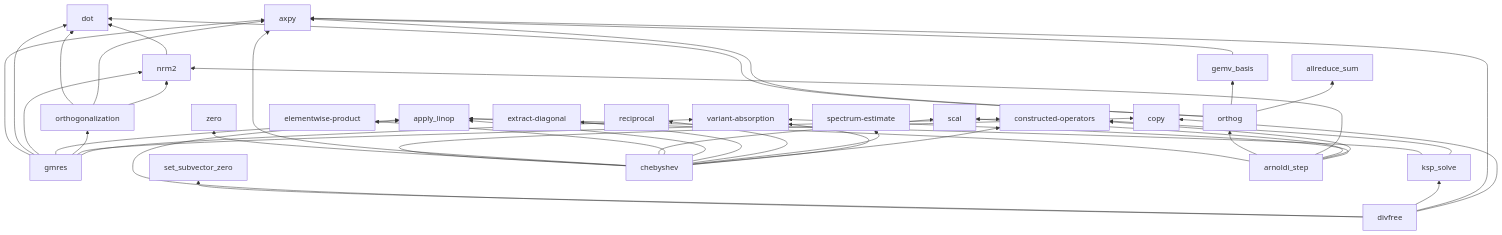
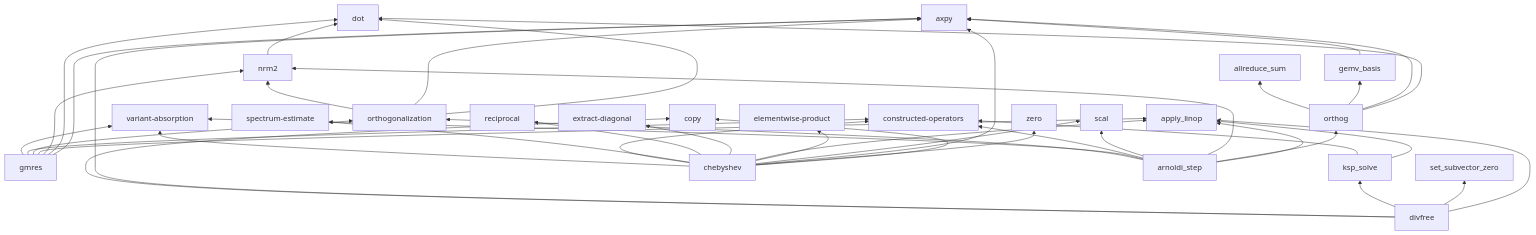
Before and after one commit to crutcher/palace_whiteroom: the fourth of 6 diagrams in book/src/concepts/dependency-map.md, drawn with Mermaid. The commit also changed 4 other files, not shown here.

Commit message:
cycle: forward arnoldi_step [L1→L2] → pass

````diff
--- a/book/src/concepts/dependency-map.md
+++ b/book/src/concepts/dependency-map.md
@@ -153,43 +153,44 @@
 ```mermaid
 graph BT
   orthog --> dot
   orthog --> axpy
   orthog --> gemv_basis
   orthog --> allreduce_sum
   gemv_basis --> axpy
   nrm2 --> dot
   orthogonalization --> dot
   orthogonalization --> axpy
   orthogonalization --> nrm2
   gmres --> axpy
   gmres --> dot
   gmres --> nrm2
   gmres --> apply_linop
   gmres --> orthogonalization
   gmres --> constructed-operators
   gmres --> variant-absorption
   ksp_solve --> apply_linop
   divfree --> apply_linop
   divfree --> set_subvector_zero
   divfree --> ksp_solve
   divfree --> axpy
   divfree --> copy
   chebyshev --> copy
   chebyshev --> zero
   chebyshev --> axpy
   chebyshev --> scal
   chebyshev --> elementwise-product
   chebyshev --> apply_linop
   chebyshev --> extract-diagonal
   chebyshev --> reciprocal
   chebyshev --> spectrum-estimate
   chebyshev --> constructed-operators
   chebyshev --> variant-absorption
   ksp_solve --> constructed-operators
   arnoldi_step --> apply_linop
   arnoldi_step --> orthog
   arnoldi_step --> nrm2
   arnoldi_step --> scal
   arnoldi_step --> constructed-operators
   arnoldi_step --> variant-absorption
+  arnoldi_step --> orthogonalization
 ```
````
